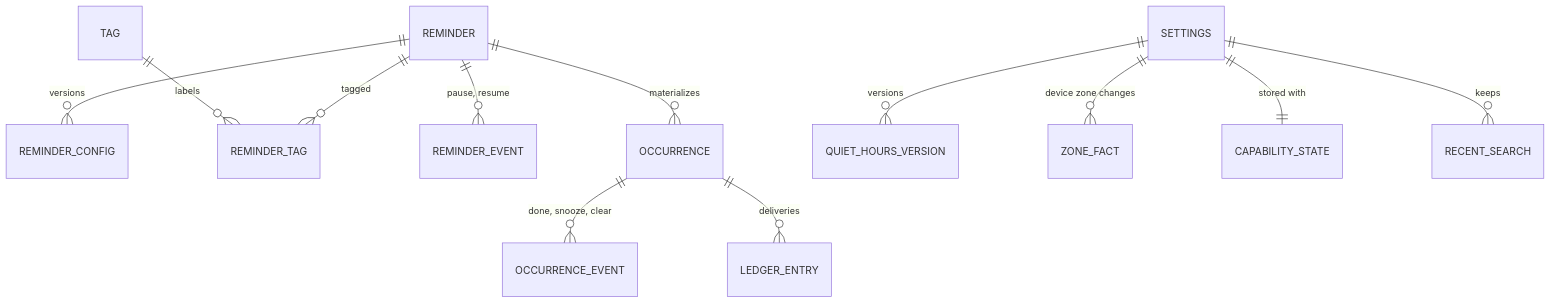
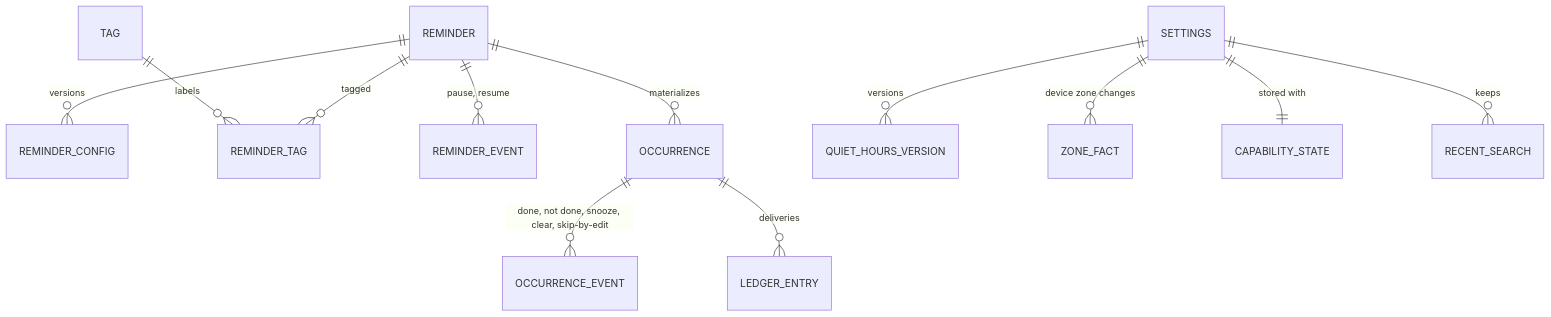
One commit to New-Reality-Interactive/nudge-inator changed the second of 4 diagrams in docs/architecture/ARCHITECTURE-SPINE.md. Above: the diagram before and after it, drawn with Mermaid. The commit also changed other lines of this file and 1 other file, not shown here.

Commit message:
List brief §10 in binds and every occurrence event in the ER label
The frontmatter's binds left out brief §10, which the precedence ranks
with §3 and §4 and which holds the device checklist. The ER diagram's
occurrence-event label left out not done and skip-by-edit.

````diff
--- a/docs/architecture/ARCHITECTURE-SPINE.md
+++ b/docs/architecture/ARCHITECTURE-SPINE.md
@@ -349,14 +349,14 @@
 ```mermaid
 erDiagram
   REMINDER ||--o{ REMINDER_CONFIG : "versions"
   REMINDER ||--o{ REMINDER_TAG : "tagged"
   TAG ||--o{ REMINDER_TAG : "labels"
   REMINDER ||--o{ REMINDER_EVENT : "pause, resume"
   REMINDER ||--o{ OCCURRENCE : "materializes"
-  OCCURRENCE ||--o{ OCCURRENCE_EVENT : "done, snooze, clear"
+  OCCURRENCE ||--o{ OCCURRENCE_EVENT : "done, not done, snooze, clear, skip-by-edit"
   OCCURRENCE ||--o{ LEDGER_ENTRY : "deliveries"
   SETTINGS ||--o{ QUIET_HOURS_VERSION : "versions"
   SETTINGS ||--o{ ZONE_FACT : "device zone changes"
   SETTINGS ||--|| CAPABILITY_STATE : "stored with"
   SETTINGS ||--o{ RECENT_SEARCH : "keeps"
 ```
````
